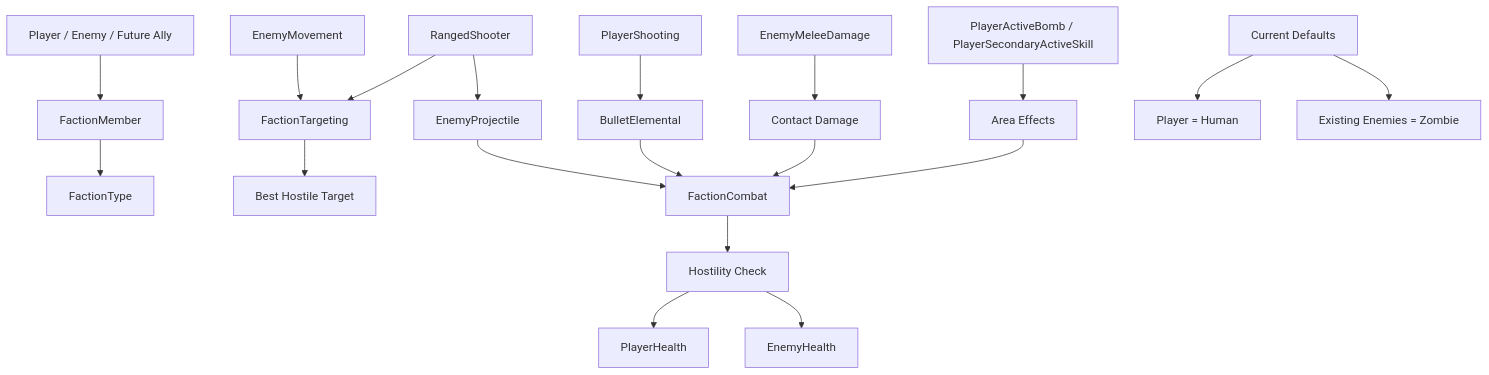
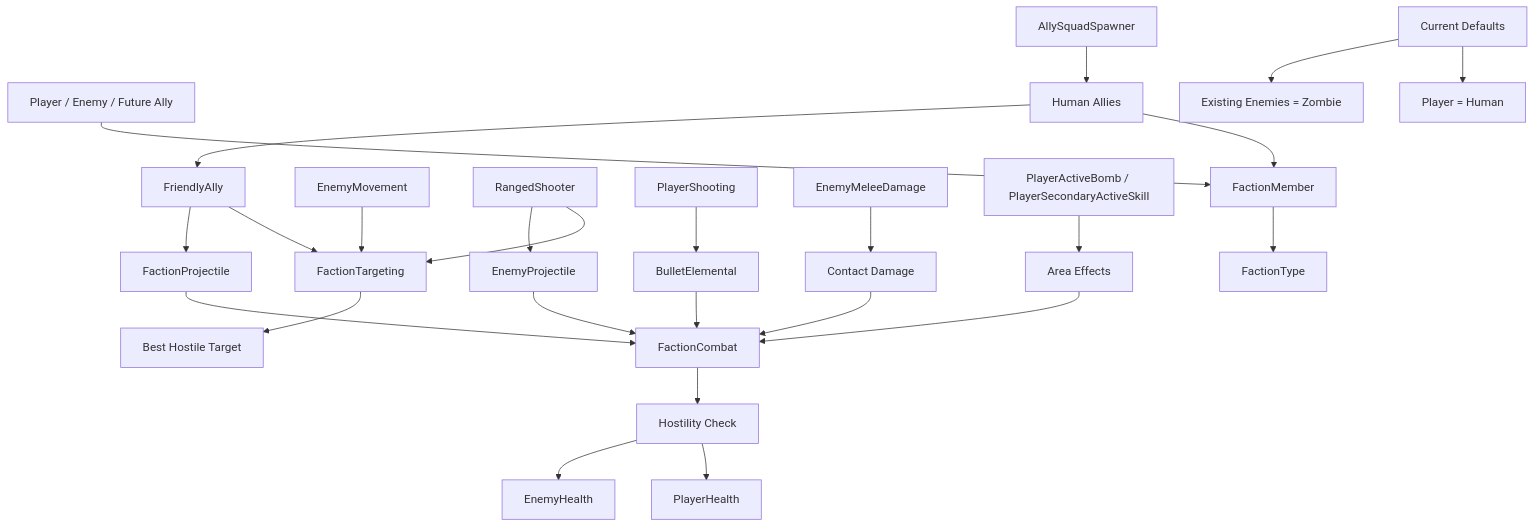
One commit to bpopovgit/bullet-heaven-game changed the second of 5 diagrams in Docs/SYSTEM_GRAPH.md. Above: the diagram before and after it, drawn with Mermaid. The commit also changed 12 other files, not shown here.

````diff
--- a/Docs/SYSTEM_GRAPH.md
+++ b/Docs/SYSTEM_GRAPH.md
@@ -72,26 +72,33 @@
 ```mermaid
 flowchart TD
     A["Player / Enemy / Future Ally"] --> B["FactionMember"]
     B --> C["FactionType"]
 
     D["EnemyMovement"] --> E["FactionTargeting"]
     F["RangedShooter"] --> E
     E --> G["Best Hostile Target"]
 
     H["PlayerShooting"] --> I["BulletElemental"]
     F --> J["EnemyProjectile"]
     K["EnemyMeleeDamage"] --> L["Contact Damage"]
     M["PlayerActiveBomb / PlayerSecondaryActiveSkill"] --> N["Area Effects"]
 
     I --> O["FactionCombat"]
     J --> O
     L --> O
     N --> O
 
     O --> P["Hostility Check"]
     P --> Q["PlayerHealth"]
     P --> R["EnemyHealth"]
 
     S["Current Defaults"] --> T["Player = Human"]
     S --> U["Existing Enemies = Zombie"]
+
+    V["AllySquadSpawner"] --> W["Human Allies"]
+    W --> B
+    W --> X["FriendlyAlly"]
+    X --> E
+    X --> Y["FactionProjectile"]
+    Y --> O
 ```
````
